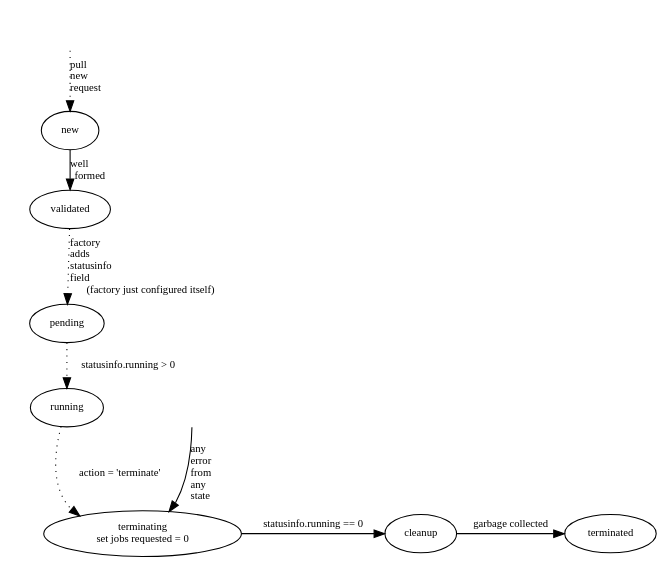
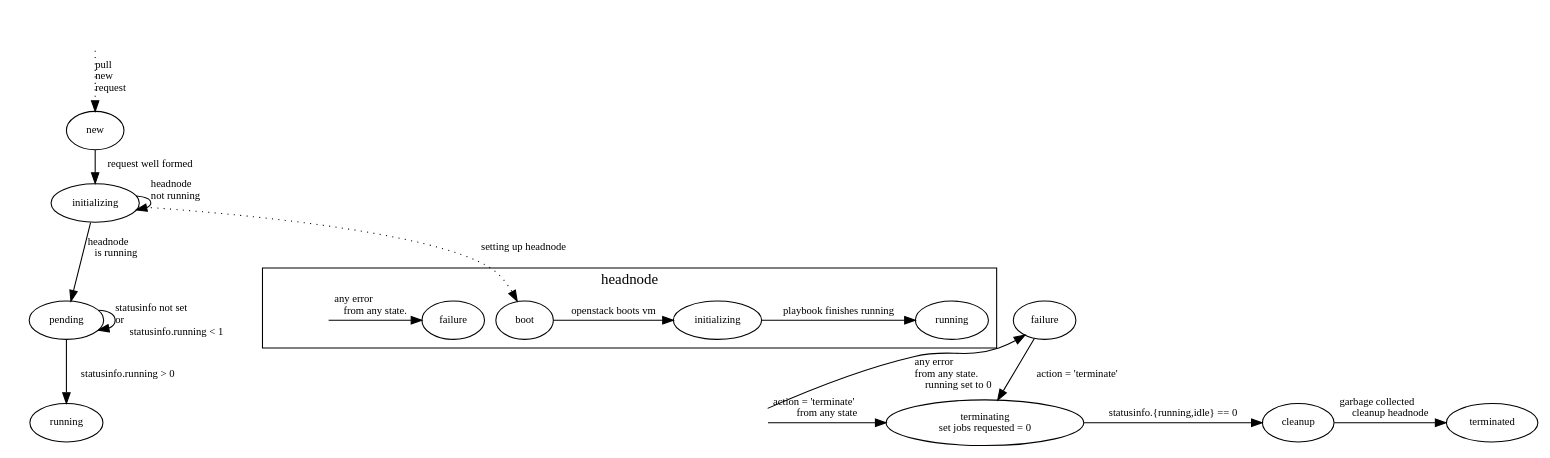
Before and after one commit to vc3-project/vc3-docs: the diagram in diagrams/request_state_diagram.dot, drawn with Graphviz.

Commit message:
update request state diagram

```diff
--- a/diagrams/request_state_diagram.dot
+++ b/diagrams/request_state_diagram.dot
@@ -1,56 +1,80 @@
 digraph requests {
     compound = true;
     #concentrate = true;
     ratio = compress;
     size="20";
     #rankdir="LR";
 
     ranksep = 0.15;
     nodesep = 0.15;
 
     node [fontsize=10]
     edge [fontsize=10];
 
     infoservice [shape = none ][ label = "" ];
 
     subgraph cluster_configstates {
         style = invis;
         new;
-        validated;
+        initializing;
         pending;
     }
 
     subgraph cluster_runningstates {
         style = invis;
         running;
     }
 
     subgraph cluster_endingstates {
         style = invis;
         terminating [ label = "terminating\nset jobs requested = 0"];
         cleanup;
         terminated;
+        failure;
 
         terminating_all [shape = none][ label = ""]
     }
 
-    {rank=same cleanup terminating terminated}
+    subgraph cluster_headnode {
+        label = "headnode";
+        h_boot [ label = "boot"];
+        h_initializing [ label = "initializing"];
+        h_running [ label = "running"];
+        h_failure [ label = "failure"];
+
+        h_terminating_all [shape = none][ label = ""]
+
+        {rank=same h_boot h_initializing h_running}
+        {rank=same h_failure h_terminating_all}
+    }
+
+    {rank=same cleanup terminating terminated running terminating_all}
 
     infoservice -> new [ style = dotted ][ label = "pull\lnew\lrequest\l" ];
 
-    new -> validated   [ label = "well\lformed" ];
+    new -> initializing   [ label = "request well formed" ];
 
-    validated -> pending  [ label = "factory\ladds\lstatusinfo\lfield\l(factory just configured itself)" ][ style = dotted ];
+    initializing -> initializing   [ label = "headnode\lnot running\l\l\l" ];
 
-    pending    -> running     [ label = "statusinfo.running > 0" ][ style = dotted ];
+    initializing -> pending [ label = "headnode\lis running"];
 
-    running    -> terminating [ label = "action = 'terminate'" ][ style = dotted ];
+    pending -> pending [ label = "statusinfo not set\lor\lstatusinfo.running < 1"];
+
+    pending    -> running     [ label = "statusinfo.running > 0" ];
+
+    terminating_all -> terminating [ label = "action = 'terminate'\lfrom any state" ];
+
+    terminating -> cleanup     [ label = "statusinfo.{running,idle} == 0" ];
+
+    cleanup     -> terminated  [ label = "garbage collected\lcleanup headnode" ];
 
 
-    terminating -> cleanup     [ label = "statusinfo.running == 0" ];
+    terminating_all -> failure [ label ="any error\lfrom any state.\lrunning set to 0" ];
+    failure -> terminating [ label = "action = 'terminate'" ];
 
-    cleanup     -> terminated  [ label = "garbage collected" ];
+    initializing -> h_boot [ style = dotted ][label = "setting up headnode"]
+    h_boot -> h_initializing [ label ="openstack boots vm" ];
+    h_initializing -> h_running [ label ="playbook finishes running" ];
 
-
-    terminating_all -> terminating [ label ="any\lerror\lfrom\lany\lstate\l" ];
+    h_terminating_all -> h_failure [ label ="any error\lfrom any state." ];
 }
```
